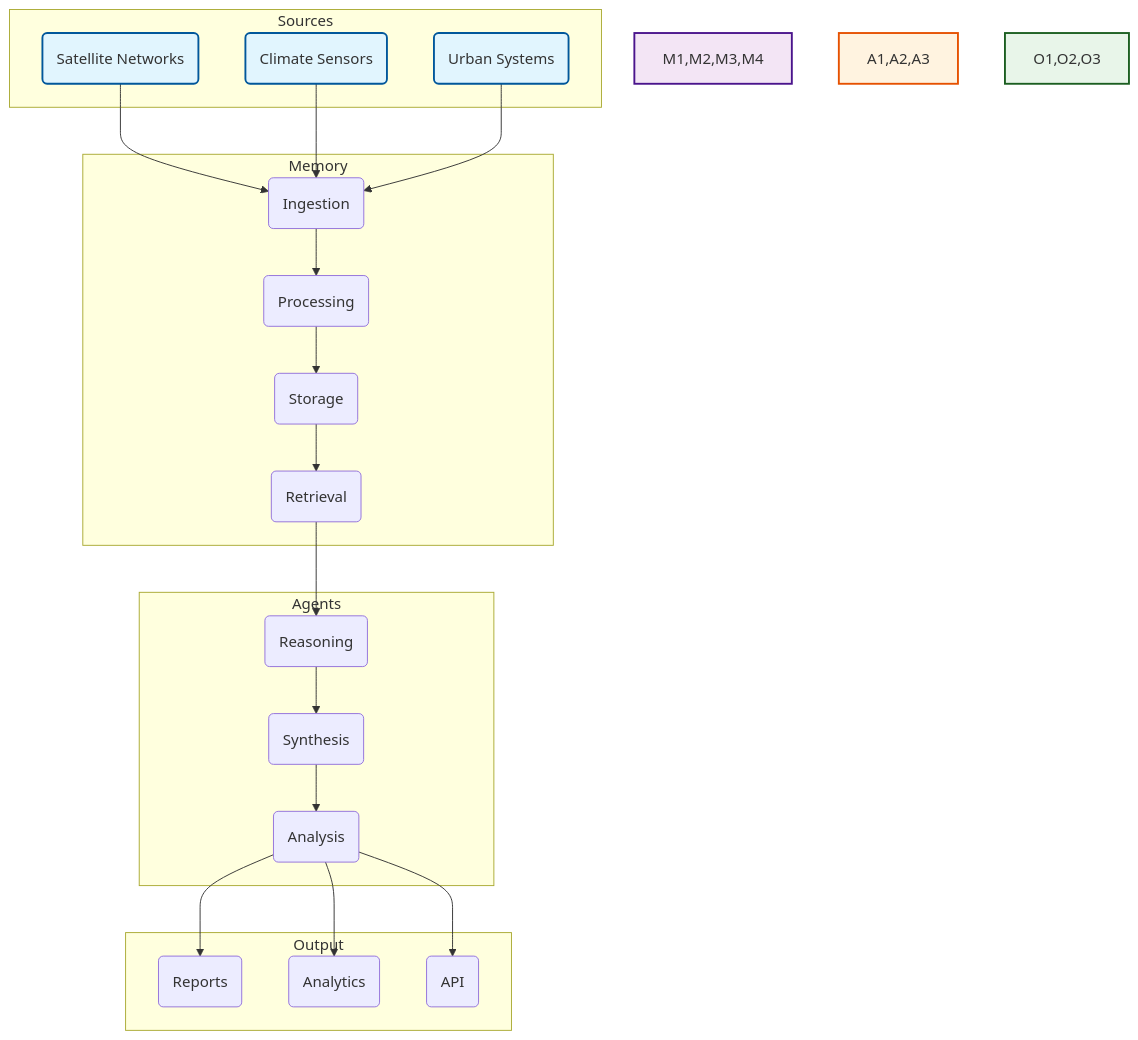
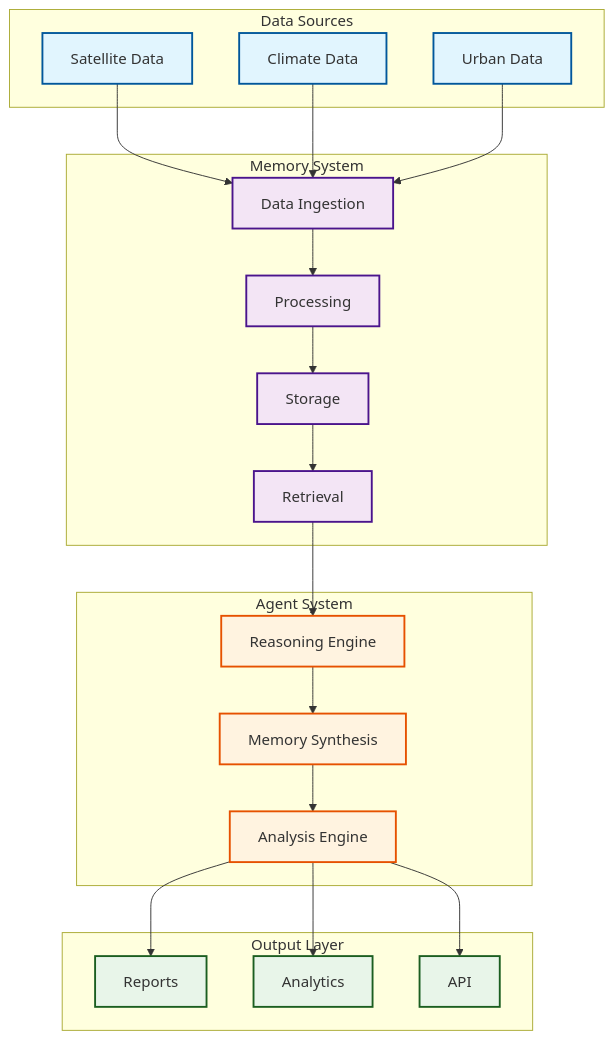
The first of 3 diagrams in README.md (Vortx-AI/memories-dev), drawn with Mermaid before and after one commit. The commit also changed 1 other file, not shown here.

````diff
--- a/README.md
+++ b/README.md
@@ -42,51 +42,49 @@
 ```mermaid
 graph TD
-    %% Style definitions
-    classDef source fill:#e1f5fe,stroke:#01579b,stroke-width:2px
-    classDef memory fill:#f3e5f5,stroke:#4a148c,stroke-width:2px
-    classDef agent fill:#fff3e0,stroke:#e65100,stroke-width:2px
-    classDef output fill:#e8f5e9,stroke:#1b5e20,stroke-width:2px
+    %% Styles
+    classDef source fill:#e1f5fe,stroke:#01579b,stroke-width:2px;
+    classDef memory fill:#f3e5f5,stroke:#4a148c,stroke-width:2px;
+    classDef agent fill:#fff3e0,stroke:#e65100,stroke-width:2px;
+    classDef output fill:#e8f5e9,stroke:#1b5e20,stroke-width:2px;
 
     %% Data Sources
-    subgraph Sources
-        S1(Satellite Networks)
-        S2(Climate Sensors)
-        S3(Urban Systems)
+    subgraph Sources[Data Sources]
+        S1[Satellite Data]
+        S2[Climate Data]
+        S3[Urban Data]
     end
 
     %% Memory System
-    subgraph Memory
-        M1(Ingestion)
-        M2(Processing)
-        M3(Storage)
-        M4(Retrieval)
+    subgraph Memory[Memory System]
+        M1[Data Ingestion]
+        M2[Processing]
+        M3[Storage]
+        M4[Retrieval]
     end
 
     %% Agent System
-    subgraph Agents
-        A1(Reasoning)
-        A2(Synthesis)
-        A3(Analysis)
+    subgraph Agents[Agent System]
+        A1[Reasoning Engine]
+        A2[Memory Synthesis]
+        A3[Analysis Engine]
     end
 
     %% Output System
-    subgraph Output
-        O1(Reports)
-        O2(Analytics)
-        O3(API)
+    subgraph Output[Output Layer]
+        O1[Reports]
+        O2[Analytics]
+        O3[API]
     end
 
-    %% Connections
+    %% Flow
     S1 & S2 & S3 --> M1
     M1 --> M2 --> M3 --> M4
     M4 --> A1 --> A2 --> A3
     A3 --> O1 & O2 & O3
 
-    %% Style assignments
-    style S1 fill:#e1f5fe,stroke:#01579b,stroke-width:2px
-    style S2 fill:#e1f5fe,stroke:#01579b,stroke-width:2px
-    style S3 fill:#e1f5fe,stroke:#01579b,stroke-width:2px
-    style M1,M2,M3,M4 fill:#f3e5f5,stroke:#4a148c,stroke-width:2px
-    style A1,A2,A3 fill:#fff3e0,stroke:#e65100,stroke-width:2px
-    style O1,O2,O3 fill:#e8f5e9,stroke:#1b5e20,stroke-width:2px
+    %% Styles
+    class S1,S2,S3 source;
+    class M1,M2,M3,M4 memory;
+    class A1,A2,A3 agent;
+    class O1,O2,O3 output;
 ```
````
